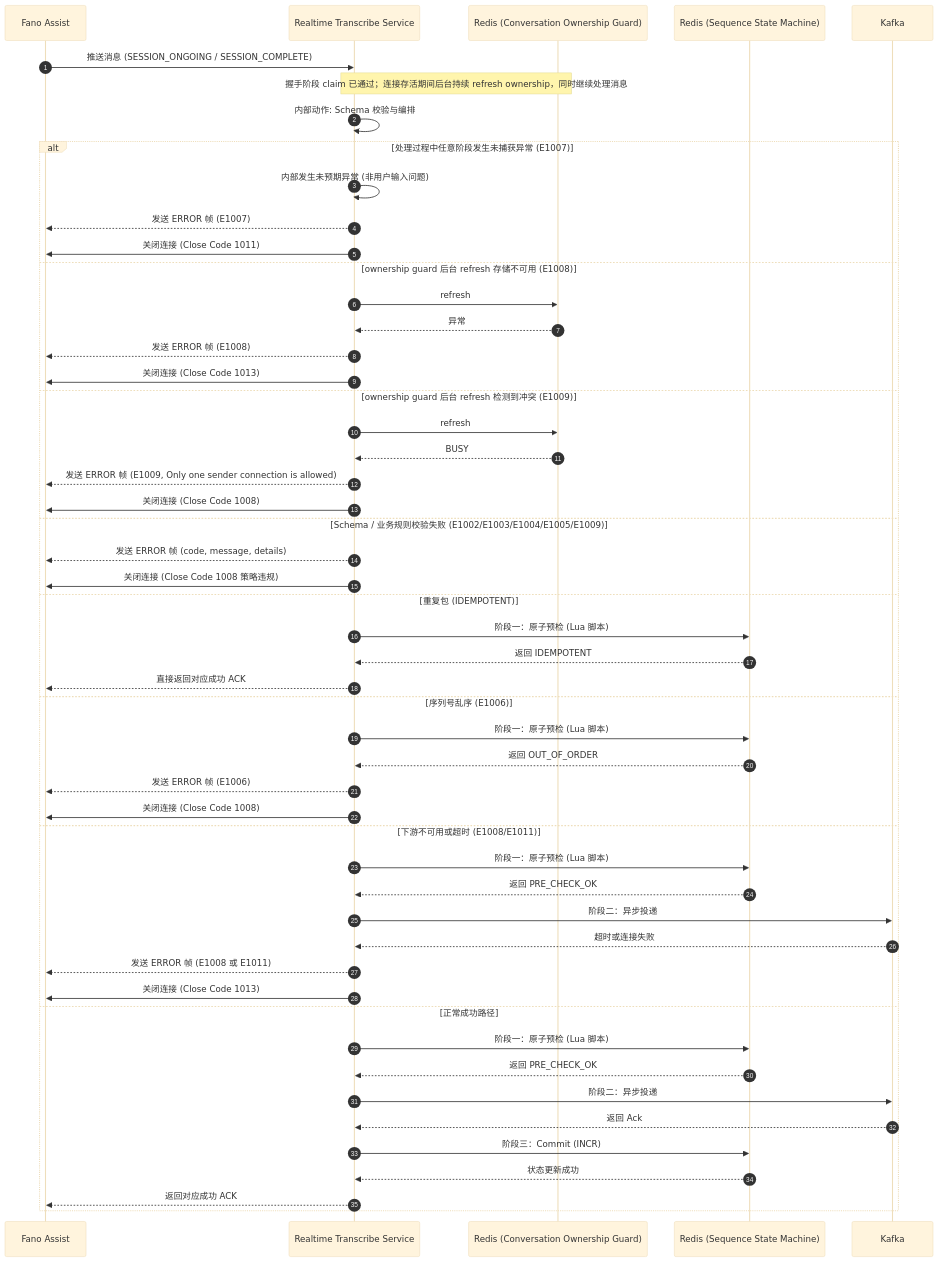
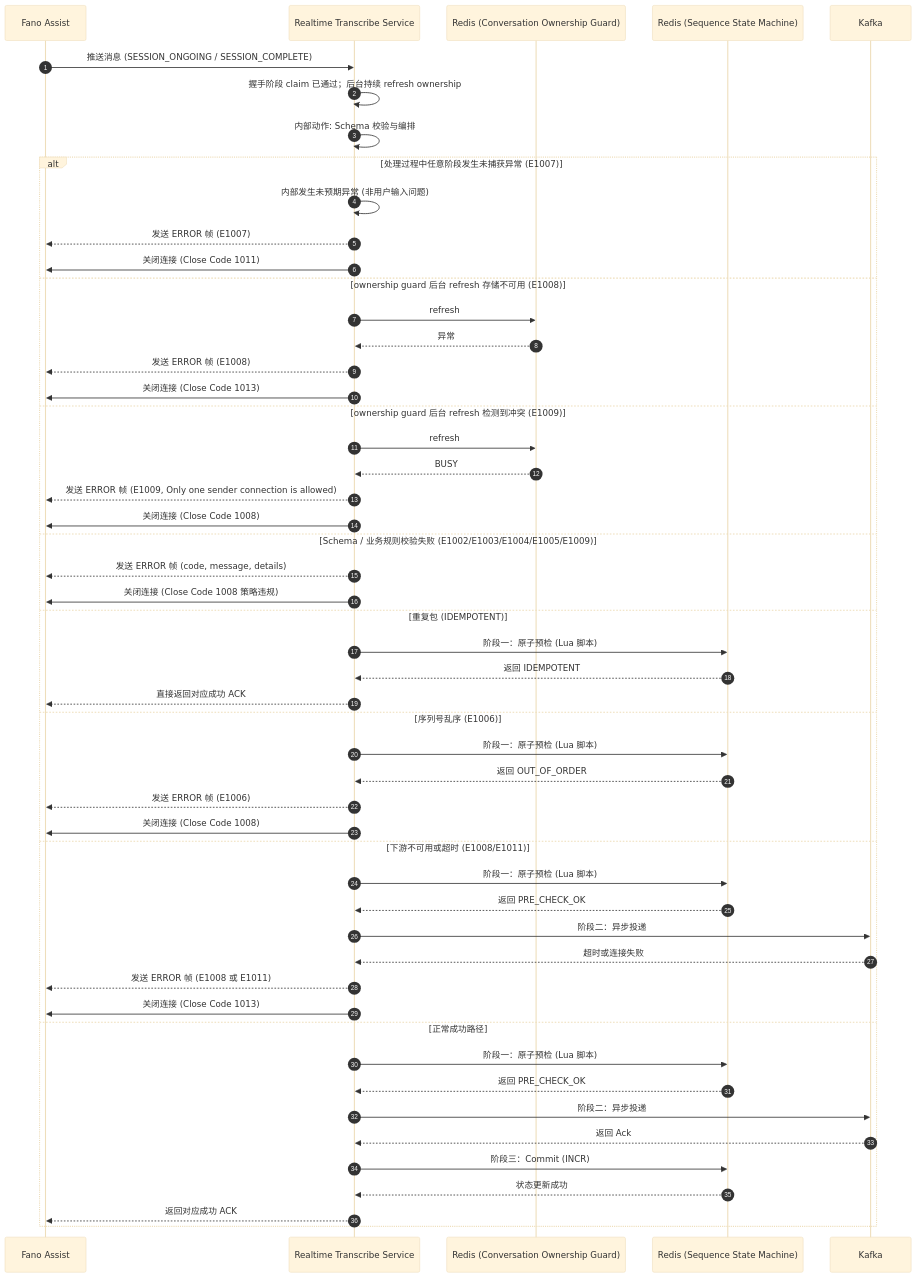
Before and after one commit to xiaodouya001/transcribe_service: the fifth of 6 diagrams in design/realtime-transcribe-service-app-design_zh.md, drawn with Mermaid (base theme). The commit also changed 1 other file, not shown here.

Commit message:
Fix Mermaid sequence diagrams for GitHub rendering

````diff
--- a/design/realtime-transcribe-service-app-design_zh.md
+++ b/design/realtime-transcribe-service-app-design_zh.md
@@ -223,55 +223,55 @@
 ```mermaid
 sequenceDiagram
     autonumber
     participant Upstream as Fano Assist
     participant Trans as Realtime Transcribe Service
     participant RedisOwnership as Redis (Conversation Ownership Guard)
     participant RedisState as Redis (Sequence State Machine)
     participant Kafka as Kafka
     Upstream->>Trans: 推送消息 (SESSION_ONGOING / SESSION_COMPLETE)
-    Note over Trans,RedisOwnership: 握手阶段 claim 已通过；连接存活期间后台持续 refresh ownership，同时继续处理消息
+    Trans->>Trans: 握手阶段 claim 已通过；后台持续 refresh ownership
     Trans->>Trans: 内部动作: Schema 校验与编排
 
     alt 处理过程中任意阶段发生未捕获异常 (E1007)
         Trans->>Trans: 内部发生未预期异常 (非用户输入问题)
         Trans-->>Upstream: 发送 ERROR 帧 (E1007)
         Trans->>Upstream: 关闭连接 (Close Code 1011)
     else ownership guard 后台 refresh 存储不可用 (E1008)
         Trans->>RedisOwnership: refresh
         RedisOwnership-->>Trans: 异常
         Trans-->>Upstream: 发送 ERROR 帧 (E1008)
         Trans->>Upstream: 关闭连接 (Close Code 1013)
     else ownership guard 后台 refresh 检测到冲突 (E1009)
         Trans->>RedisOwnership: refresh
         RedisOwnership-->>Trans: BUSY
         Trans-->>Upstream: 发送 ERROR 帧 (E1009, Only one sender connection is allowed)
         Trans->>Upstream: 关闭连接 (Close Code 1008)
     else Schema / 业务规则校验失败 (E1002/E1003/E1004/E1005/E1009)
         Trans-->>Upstream: 发送 ERROR 帧 (code, message, details)
         Trans->>Upstream: 关闭连接 (Close Code 1008 策略违规)
     else 重复包 (IDEMPOTENT)
         Trans->>RedisState: 阶段一：原子预检 (Lua 脚本)
         RedisState-->>Trans: 返回 IDEMPOTENT
         Trans-->>Upstream: 直接返回对应成功 ACK
     else 序列号乱序 (E1006)
         Trans->>RedisState: 阶段一：原子预检 (Lua 脚本)
         RedisState-->>Trans: 返回 OUT_OF_ORDER
         Trans-->>Upstream: 发送 ERROR 帧 (E1006)
         Trans->>Upstream: 关闭连接 (Close Code 1008)
     else 下游不可用或超时 (E1008/E1011)
         Trans->>RedisState: 阶段一：原子预检 (Lua 脚本)
         RedisState-->>Trans: 返回 PRE_CHECK_OK
         Trans->>Kafka: 阶段二：异步投递
         Kafka-->>Trans: 超时或连接失败
         Trans-->>Upstream: 发送 ERROR 帧 (E1008 或 E1011)
         Trans->>Upstream: 关闭连接 (Close Code 1013)
     else 正常成功路径
         Trans->>RedisState: 阶段一：原子预检 (Lua 脚本)
         RedisState-->>Trans: 返回 PRE_CHECK_OK
         Trans->>Kafka: 阶段二：异步投递
         Kafka-->>Trans: 返回 Ack
         Trans->>RedisState: 阶段三：Commit (INCR)
         RedisState-->>Trans: 状态更新成功
         Trans-->>Upstream: 返回对应成功 ACK
     end
 ```
````
